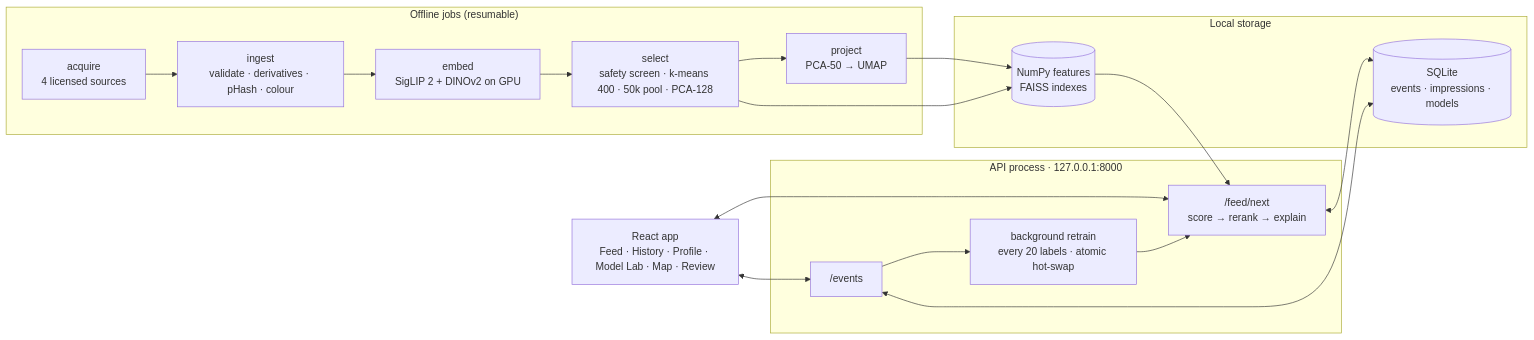
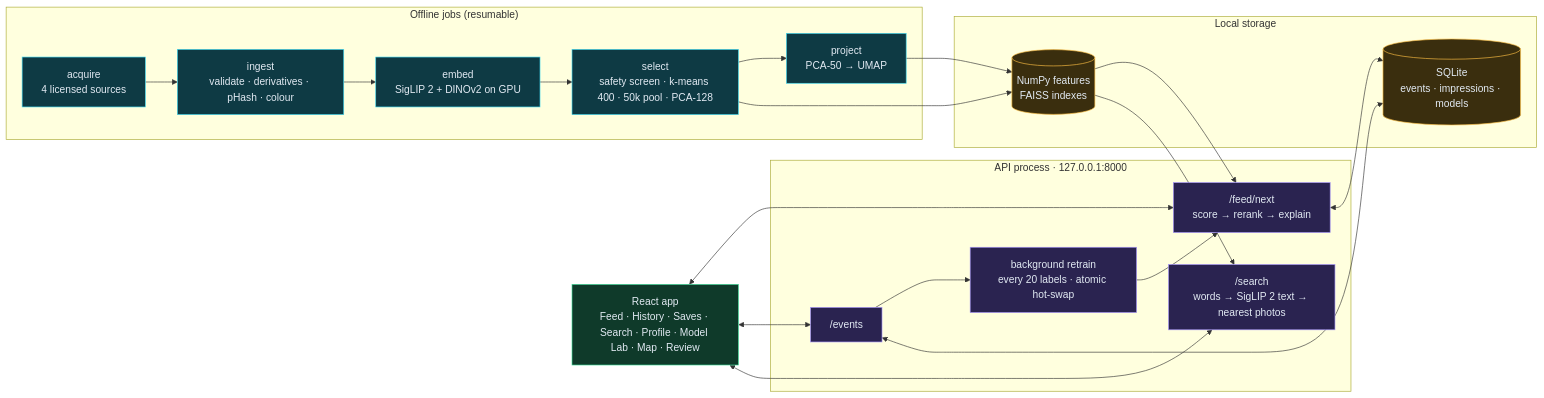
One commit to not0aag/VisualTaste changed the diagram in README.md. Above: the diagram before and after it, drawn with Mermaid.

Commit message:
README: colour-coded architecture diagram with search and saves

````diff
--- a/README.md
+++ b/README.md
@@ -155,30 +155,42 @@
 ```mermaid
 flowchart LR
     subgraph offline["Offline jobs (resumable)"]
         A[acquire<br/>4 licensed sources] --> I[ingest<br/>validate · derivatives · pHash · colour]
         I --> E[embed<br/>SigLIP 2 + DINOv2 on GPU]
         E --> S[select<br/>safety screen · k-means 400 · 50k pool · PCA-128]
         S --> P[project<br/>PCA-50 → UMAP]
     end
 
     subgraph api["API process · 127.0.0.1:8000"]
         F["/feed/next<br/>score → rerank → explain"]
         EV["/events"] --> RT[background retrain<br/>every 20 labels · atomic hot-swap]
         RT --> F
+        SR["/search<br/>words → SigLIP 2 text → nearest photos"]
     end
 
     subgraph store["Local storage"]
         DB[(SQLite<br/>events · impressions · models)]
         NP[(NumPy features<br/>FAISS indexes)]
     end
 
-    UI[React app<br/>Feed · History · Profile · Model Lab · Map · Review]
+    UI[React app<br/>Feed · History · Saves · Search · Profile · Model Lab · Map · Review]
 
     S --> NP
     P --> NP
     NP --> F
     F <--> DB
     EV <--> DB
     UI <--> F
     UI <--> EV
+    UI <--> SR
+    NP --> SR
+
+    classDef job fill:#0e3a44,stroke:#3fd8f0,color:#e2eaf3
+    classDef serve fill:#2a2350,stroke:#a594f9,color:#e2eaf3
+    classDef keep fill:#3a2e0e,stroke:#ffc145,color:#e2eaf3
+    classDef face fill:#0f3a2a,stroke:#3ddc97,color:#e2eaf3
+    class A,I,E,S,P job
+    class F,EV,RT,SR serve
+    class DB,NP keep
+    class UI face
 ```
````
